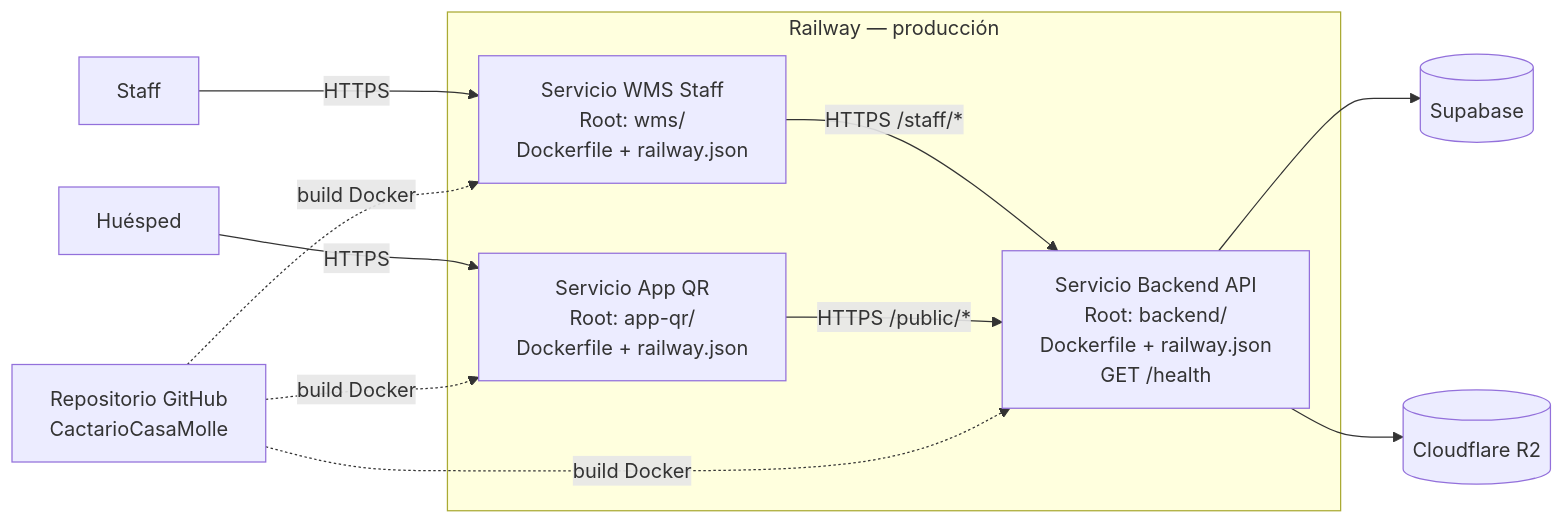
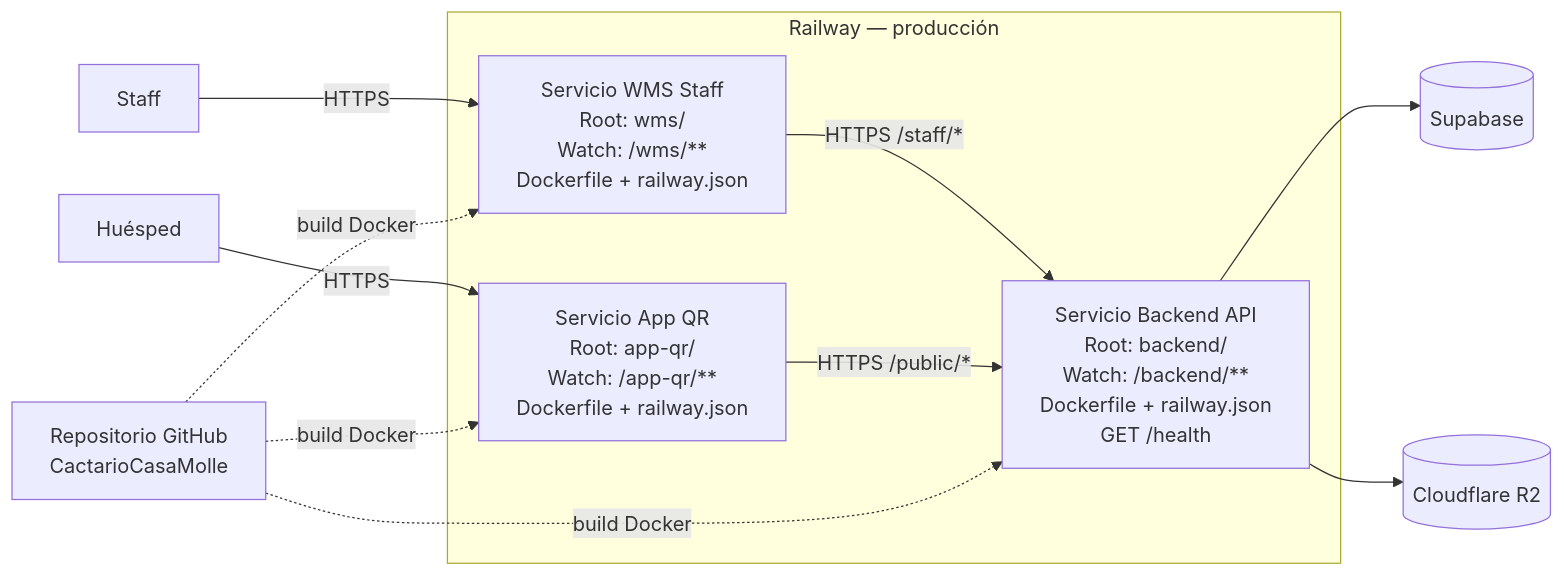
The fourth of 10 diagrams in docs/architecture.md (felicanales/CactarioCasaMolle), drawn with Mermaid before and after one commit. The commit also changed other lines of this file and 5 other files, not shown here.

Commit message:
fix(docs): update paths and comments in README, architecture, deployment, and railway.json files

````diff
--- a/docs/architecture.md
+++ b/docs/architecture.md
@@ -105,21 +107,21 @@
 ```mermaid
 flowchart LR
   github["Repositorio GitHub<br/>CactarioCasaMolle"]
 
   subgraph railway["Railway — producción"]
-    api_prod["Servicio Backend API<br/>Root: backend/<br/>Dockerfile + railway.json<br/>GET /health"]
-    wms_prod["Servicio WMS Staff<br/>Root: wms/<br/>Dockerfile + railway.json"]
-    qr_prod["Servicio App QR<br/>Root: app-qr/<br/>Dockerfile + railway.json"]
+    api_prod["Servicio Backend API<br/>Root: backend/<br/>Watch: /backend/**<br/>Dockerfile + railway.json<br/>GET /health"]
+    wms_prod["Servicio WMS Staff<br/>Root: wms/<br/>Watch: /wms/**<br/>Dockerfile + railway.json"]
+    qr_prod["Servicio App QR<br/>Root: app-qr/<br/>Watch: /app-qr/**<br/>Dockerfile + railway.json"]
   end
 
   staff_prod["Staff"] -->|"HTTPS"| wms_prod
   guest_prod["Huésped"] -->|"HTTPS"| qr_prod
   wms_prod -->|"HTTPS /staff/*"| api_prod
   qr_prod -->|"HTTPS /public/*"| api_prod
   api_prod --> supabase_prod[("Supabase")]
   api_prod --> r2_prod[("Cloudflare R2")]
 
   github -.->|"build Docker"| api_prod
   github -.->|"build Docker"| wms_prod
   github -.->|"build Docker"| qr_prod
 ```
````
